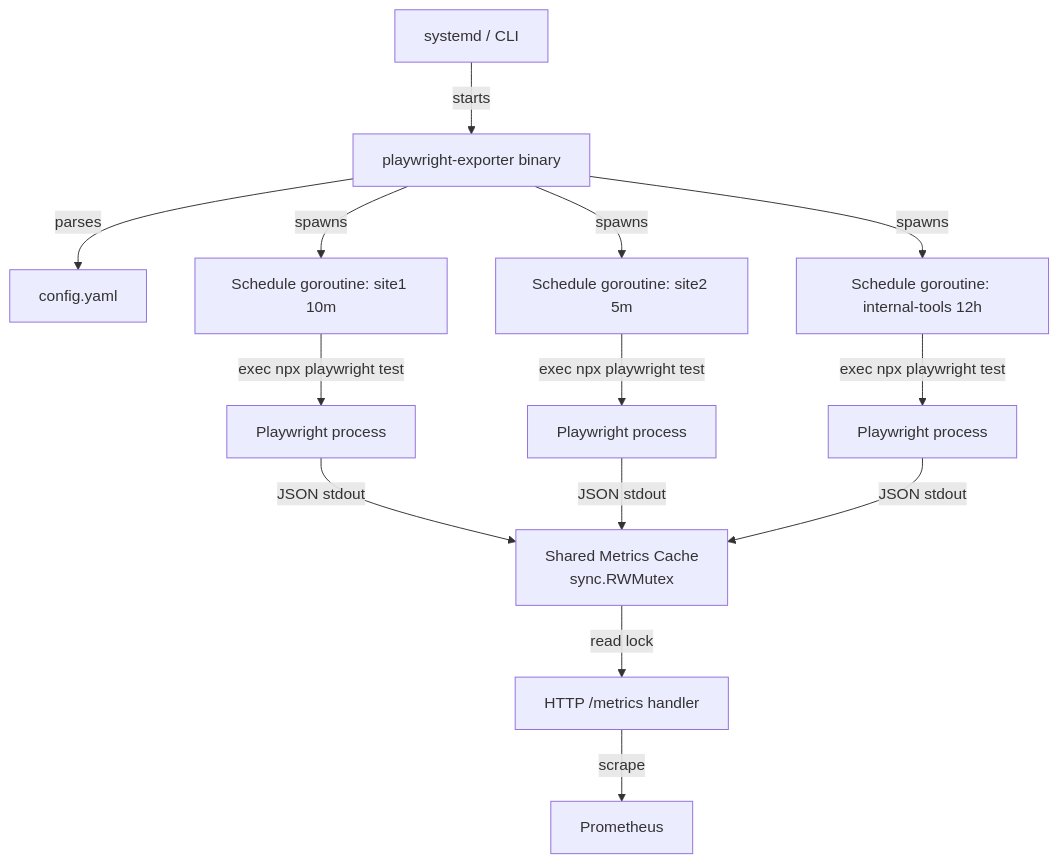
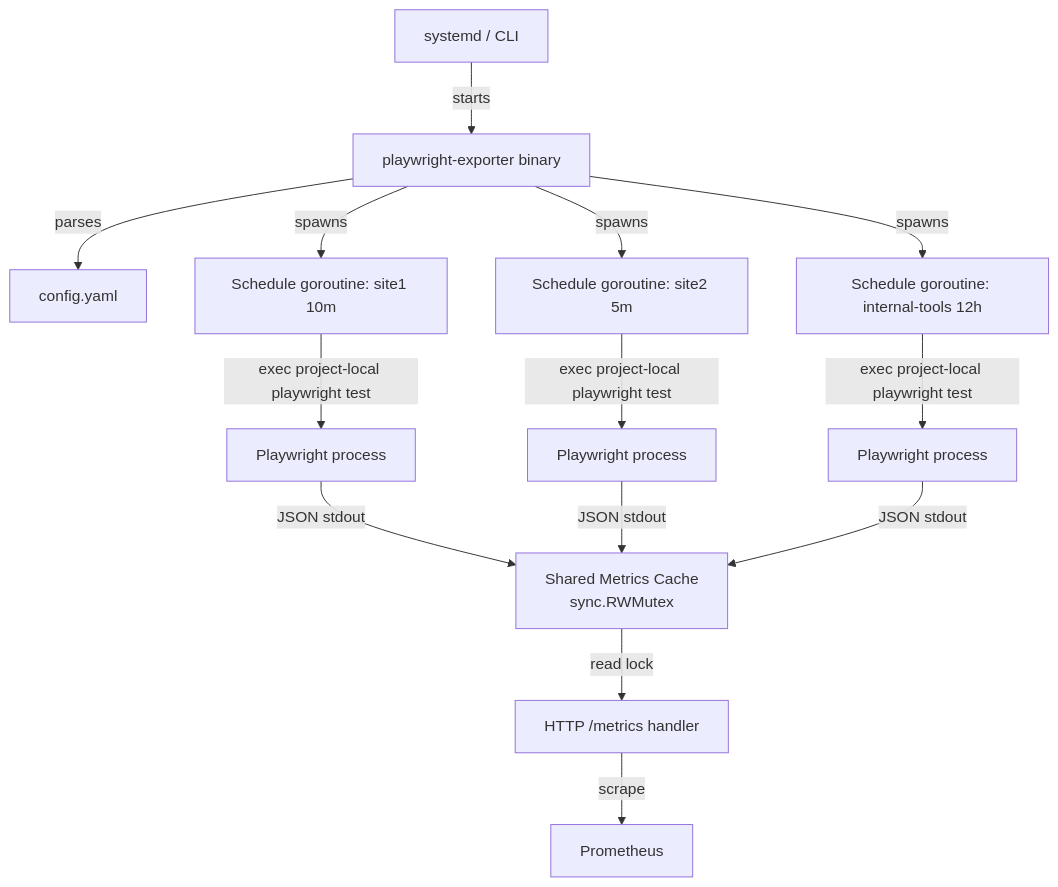
One commit to maravexa/playwright-exporter changed the diagram in README.md. Above: the diagram before and after it, drawn with Mermaid. The commit also changed other lines of this file and 17 other files, not shown here.

Commit message:
Harden Playwright provisioning and require locked local runtimes

````diff
--- a/README.md
+++ b/README.md
@@ -12,16 +12,16 @@
 ```mermaid
 graph TD
     A[systemd / CLI] -->|starts| B[playwright-exporter binary]
     B -->|parses| C[config.yaml]
     B -->|spawns| D[Schedule goroutine: site1 10m]
     B -->|spawns| E[Schedule goroutine: site2 5m]
     B -->|spawns| F[Schedule goroutine: internal-tools 12h]
-    D -->|exec npx playwright test| G[Playwright process]
-    E -->|exec npx playwright test| H[Playwright process]
-    F -->|exec npx playwright test| I[Playwright process]
+    D -->|exec project-local playwright test| G[Playwright process]
+    E -->|exec project-local playwright test| H[Playwright process]
+    F -->|exec project-local playwright test| I[Playwright process]
     G -->|JSON stdout| J[Shared Metrics Cache\nsync.RWMutex]
     H -->|JSON stdout| J
     I -->|JSON stdout| J
     J -->|read lock| K[HTTP /metrics handler]
     K -->|scrape| L[Prometheus]
 ```
````
